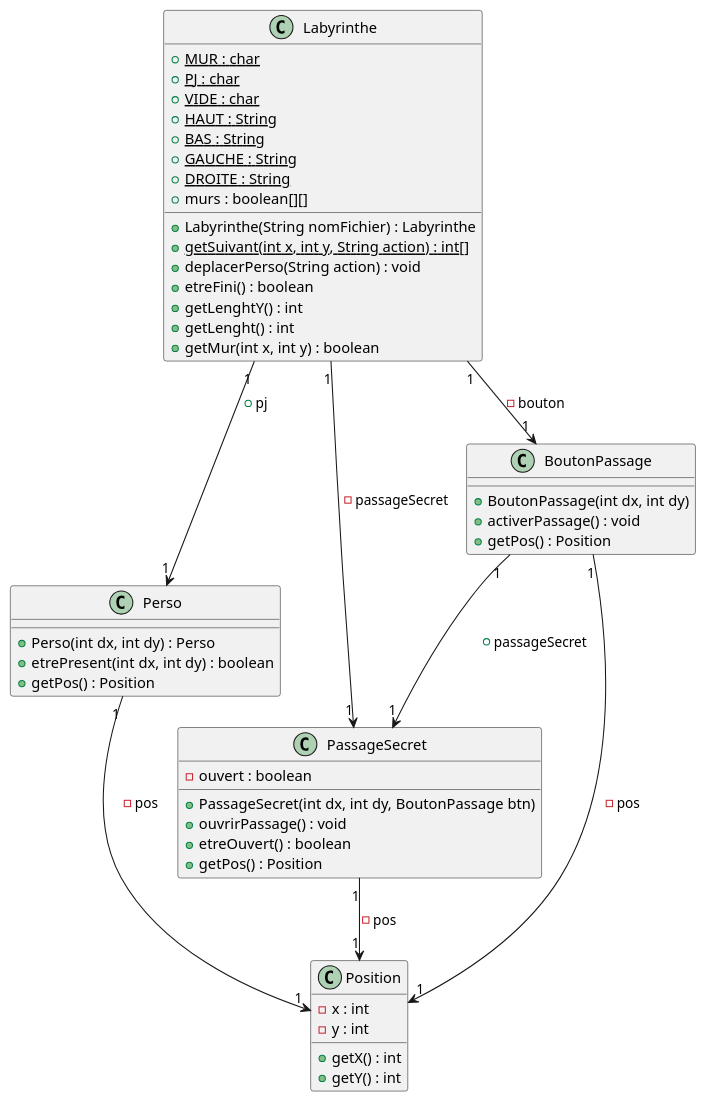
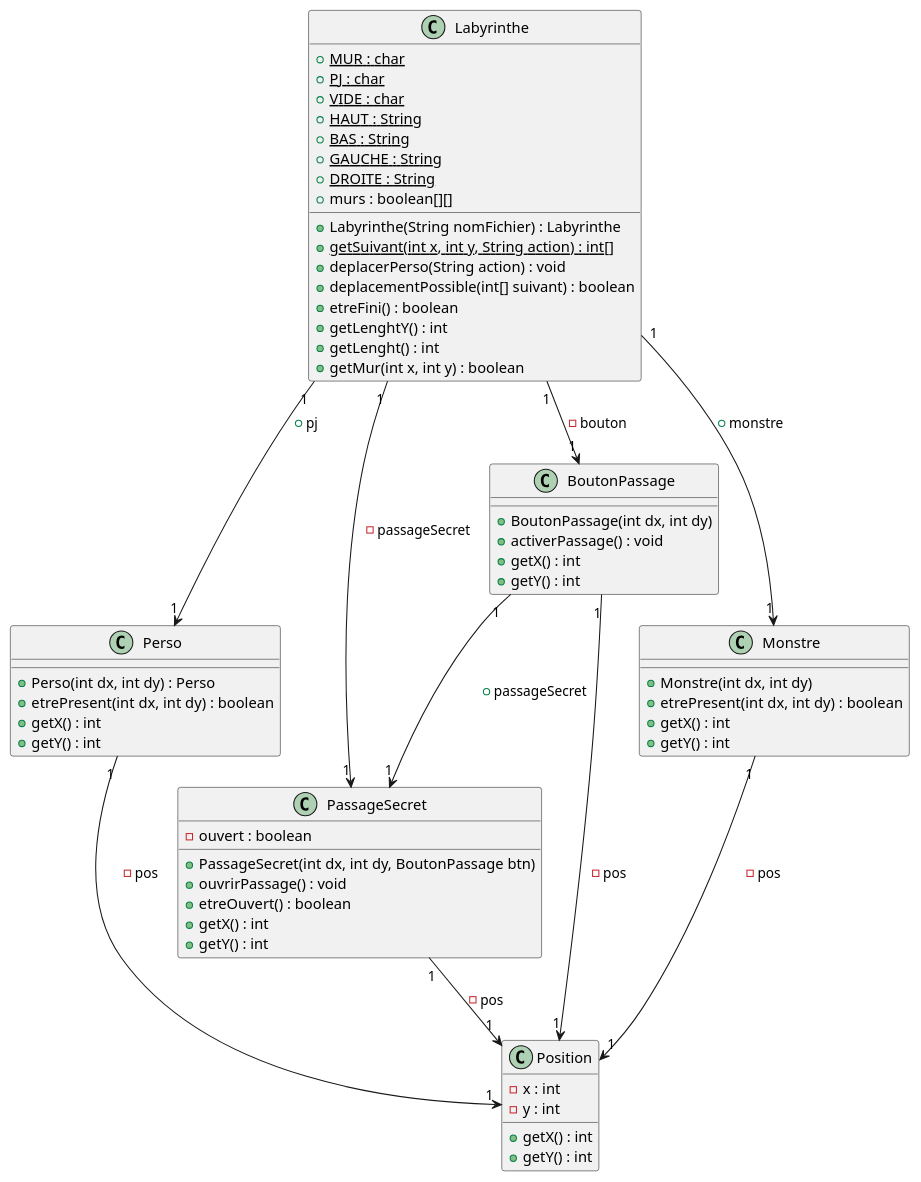
One commit to Zhi-Sheng-Trieu/2022_Zeldiablo_Doan_Oudin_Trieu_Noel changed the diagram in documents/version_2/diagClassePassageSecret.puml. Above: the diagram before and after it, drawn with PlantUML.

Commit message:
DiagrammeV2

```diff
--- a/documents/version_2/diagClassePassageSecret.puml
+++ b/documents/version_2/diagClassePassageSecret.puml
@@ -1,59 +1,72 @@
 @startuml
 
 class Labyrinthe{
     {static} +MUR : char
     {static} +PJ : char
     {static} +VIDE : char
     {static} +HAUT : String
     {static} +BAS : String
     {static} +GAUCHE : String
     {static} +DROITE : String
     +murs : boolean[][]
 
     +Labyrinthe(String nomFichier) : Labyrinthe
     {static}+getSuivant(int x, int y, String action) : int[]
     +deplacerPerso(String action) : void
+    +deplacementPossible(int[] suivant) : boolean
     +etreFini() : boolean
     +getLenghtY() : int
     +getLenght() : int
     +getMur(int x, int y) : boolean
 
 
 }
 class Perso {
     +Perso(int dx, int dy) : Perso
     +etrePresent(int dx, int dy) : boolean
-    +getPos() : Position
+    +getX() : int
+    +getY() : int
 }
 
 class PassageSecret {
     -ouvert : boolean
     +PassageSecret(int dx, int dy, BoutonPassage btn)
     +ouvrirPassage() : void
     +etreOuvert() : boolean
-    +getPos() : Position
+    +getX() : int
+    +getY() : int
 }
 
 class BoutonPassage {
     +BoutonPassage(int dx, int dy)
     +activerPassage() : void
-    +getPos() : Position
+    +getX() : int
+    +getY() : int
 }
 
 class Position {
     -x : int
     -y : int
     +getX() : int
     +getY() : int
 }
 
+class Monstre{
+    +Monstre(int dx, int dy)
+    +etrePresent(int dx, int dy) : boolean
+    +getX() : int
+    +getY() : int
+}
+
 Labyrinthe "1"-->"1" Perso : +pj
+Labyrinthe "1"-->"1" Monstre : +monstre
 Labyrinthe "1"-->"1" PassageSecret : -passageSecret
 BoutonPassage "1"-->"1" PassageSecret : +passageSecret
 Labyrinthe "1"-->"1" BoutonPassage : -bouton
 Perso "1"-->"1" Position : -pos
+Monstre "1"-->"1" Position : -pos
 PassageSecret "1"-->"1" Position : -pos
 BoutonPassage "1"-->"1" Position : -pos
 
 
 @enduml
```
